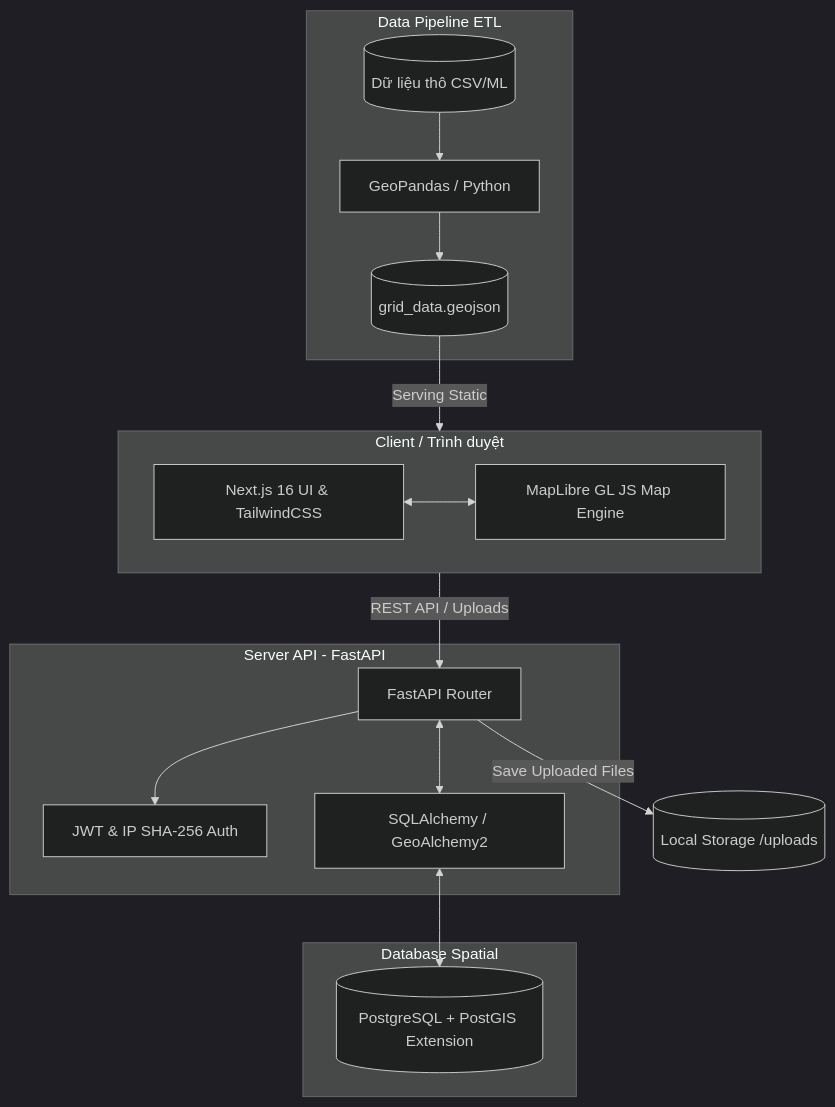
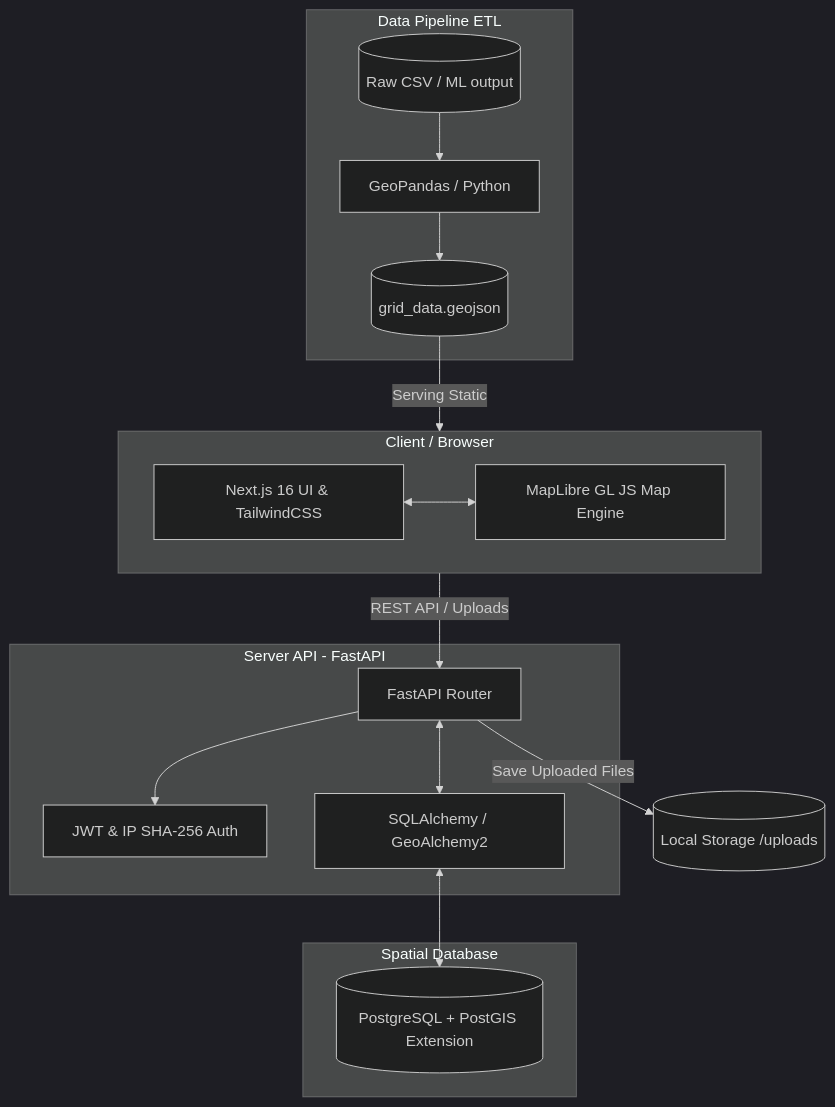
One commit to pdlong-09/vigil-green-gis changed the diagram in README.md. Above: the diagram before and after it, drawn with Mermaid (dark theme). The commit also changed other lines of this file, not shown here.

````diff
--- a/README.md
+++ b/README.md
@@ -78,38 +76,38 @@
 ```mermaid
 graph TD
     %% Client Tier
-    subgraph Frontend [Client / Trình duyệt]
+    subgraph Frontend [Client / Browser]
         UI[Next.js 16 UI & TailwindCSS]
         Map[MapLibre GL JS Map Engine]
         UI <--> Map
     end
 
     %% API Tier
     subgraph Backend [Server API - FastAPI]
         API[FastAPI Router]
         Auth[JWT & IP SHA-256 Auth]
         ORM[SQLAlchemy / GeoAlchemy2]
         API --> Auth
         API <--> ORM
     end
 
     %% Data Tier
-    subgraph Database [Database Spatial]
+    subgraph Database [Spatial Database]
         DB[(PostgreSQL + PostGIS Extension)]
     end
 
     %% Data Pipeline Tier
     subgraph DataPipeline [Data Pipeline ETL]
         ETL[GeoPandas / Python]
-        CSV[(Dữ liệu thô CSV/ML)]
+        CSV[(Raw CSV / ML output)]
         GeoJSON[(grid_data.geojson)]
         CSV --> ETL
         ETL --> GeoJSON
     end
 
     %% Connections
     Frontend -- REST API / Uploads --> API
     GeoJSON -- Serving Static --> Frontend
     ORM <--> DB
     API -- Save Uploaded Files --> LocalStorage[(Local Storage /uploads)]
 ```
````
